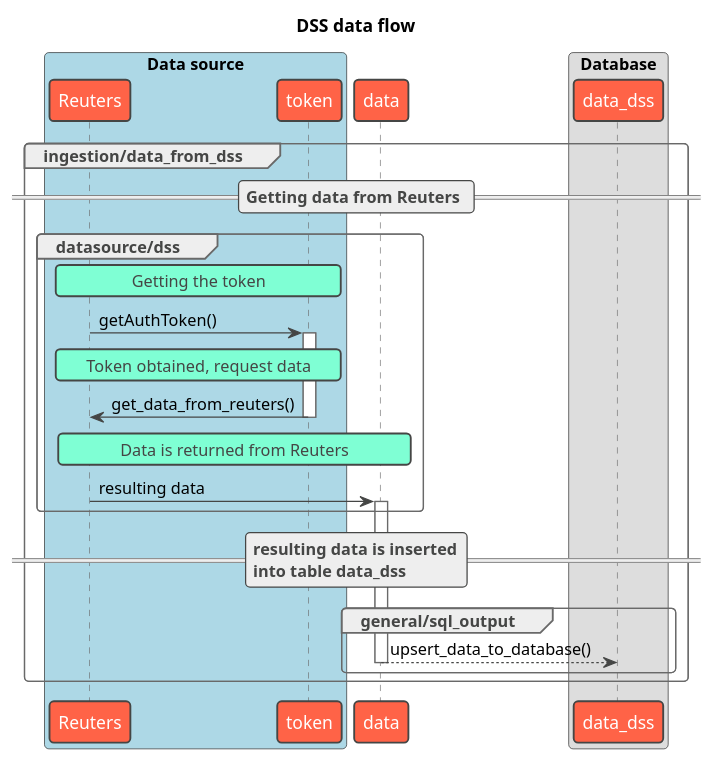
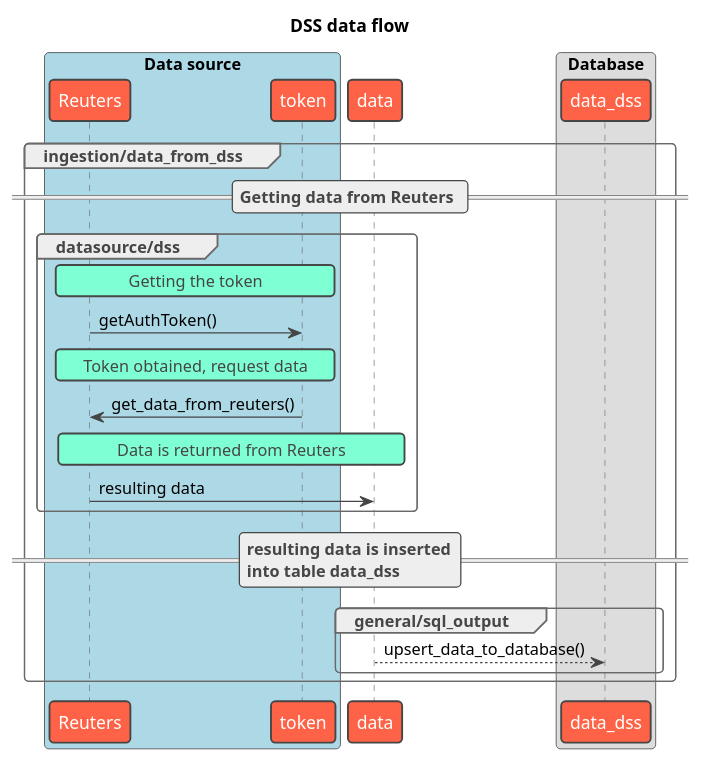
One commit to asklora/DROID_V2.1 changed the diagram in docs/dss_flow.wsd. Above: the diagram before and after it, drawn with PlantUML. The commit also changed 2 other files, not shown here.

Commit message:
updated flows

```diff
--- a/docs/dss_flow.wsd
+++ b/docs/dss_flow.wsd
@@ -1,53 +1,49 @@
 @startuml dss
 
 title "DSS data flow"
 
 !theme vibrant
 
 skinparam shadowing false
 skinparam defaultFontName Ubuntu
 
 box "Data source" #LightBlue
 participant Reuters
 participant token
 end box
 participant data
 box "Database"
 participant data_dss
 
 group ingestion/data_from_dss
     == Getting data from Reuters ==
 
     group datasource/dss
         rnote over Reuters, token
         Getting the token
         end note
 
         Reuters -> token : getAuthToken()
-        activate token
 
         rnote over Reuters, token
         Token obtained, request data
         end note
 
         token -> Reuters : get_data_from_reuters()
-        deactivate token
 
         rnote over Reuters, data
         Data is returned from Reuters
         end note
 
         Reuters -> data : resulting data
-        activate data
     end
 
     == resulting data is inserted\ninto table data_dss ==
 
     group general/sql_output
         data --> data_dss : upsert_data_to_database()
-        deactivate data
     end
 
 end
 
 @enduml
```
